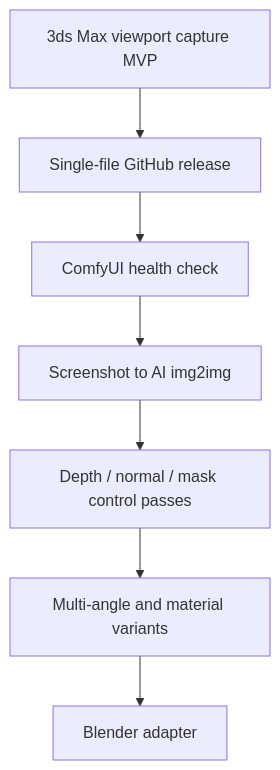
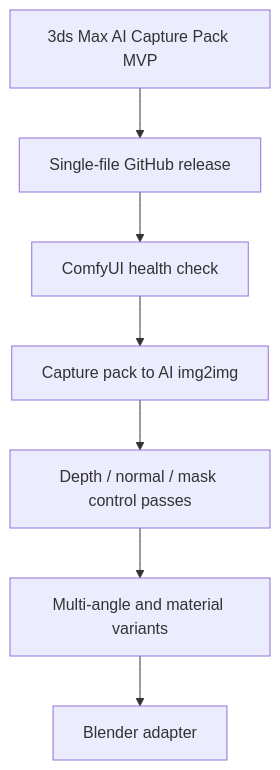
One commit to cp199712138-design/dcc-capture-bridge changed the diagram in README.md. Above: the diagram before and after it, drawn with Mermaid. The commit also changed other lines of this file, not shown here.

Commit message:
Document AI capture pack MVP

````diff
--- a/README.md
+++ b/README.md
@@ -63,9 +79,9 @@
 ```mermaid
 flowchart TD
-    A[3ds Max viewport capture MVP] --> B[Single-file GitHub release]
+    A[3ds Max AI Capture Pack MVP] --> B[Single-file GitHub release]
     B --> C[ComfyUI health check]
-    C --> D[Screenshot to AI img2img]
+    C --> D[Capture pack to AI img2img]
     D --> E[Depth / normal / mask control passes]
     E --> F[Multi-angle and material variants]
     F --> G[Blender adapter]
 ```
````
